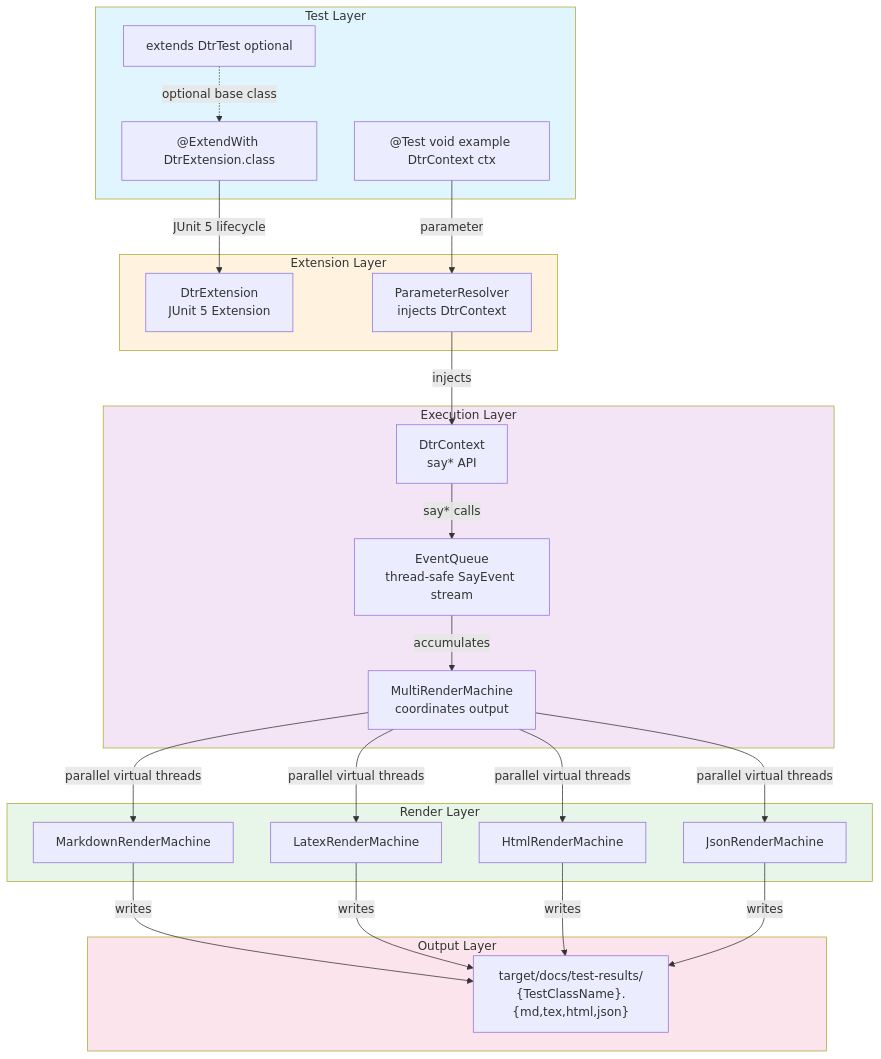
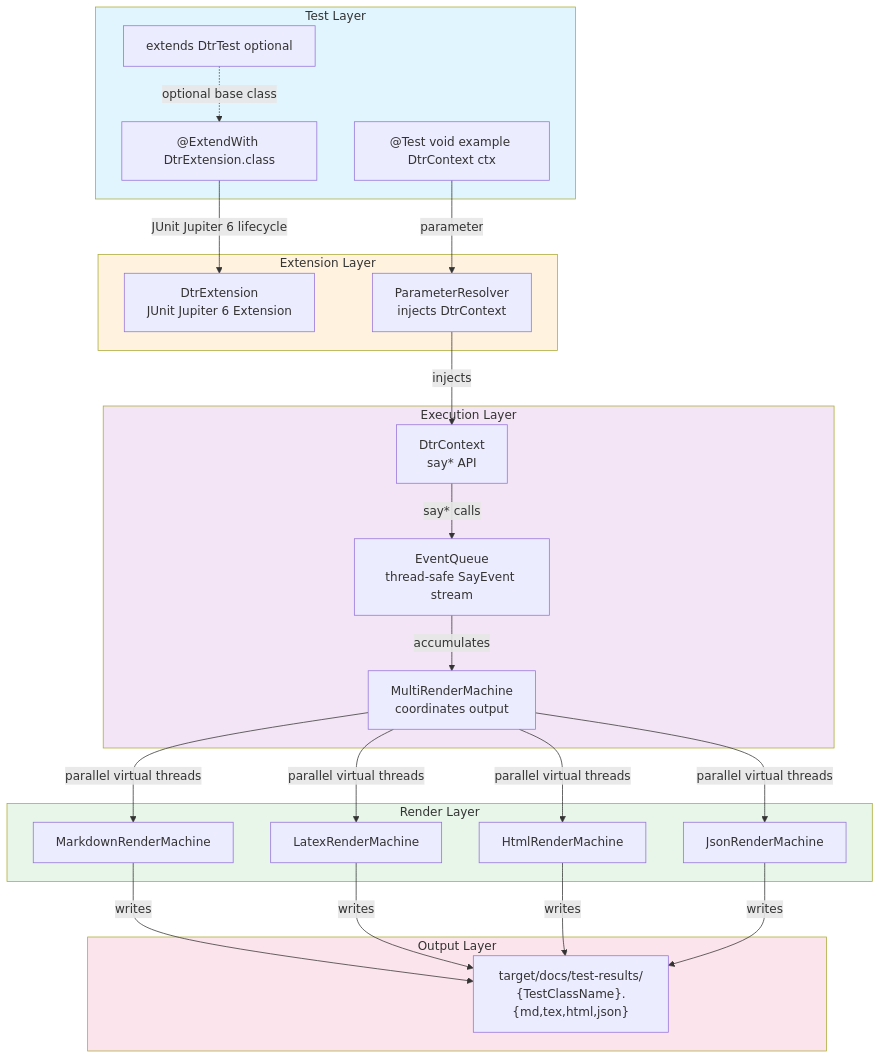
Before and after one commit to seanchatmangpt/dtr: the first of 2 diagrams in docs/explanation/how-doctester-works.md, drawn with Mermaid. The commit also changed other lines of this file and 25 other files, not shown here.

First line of the commit message:
docs: update JUnit 5 references to JUnit Jupiter 6

````diff
--- a/docs/explanation/how-doctester-works.md
+++ b/docs/explanation/how-doctester-works.md
@@ -17,51 +17,51 @@
 ```mermaid
 graph TB
     subgraph TestLayer["Test Layer"]
         TestClass["@ExtendWith DtrExtension.class"]
         TestMethod["@Test void example DtrContext ctx"]
         DtrTest["extends DtrTest optional"]
     end
 
     subgraph ExtensionLayer["Extension Layer"]
-        DtrExtension["DtrExtension<br/>JUnit 5 Extension"]
+        DtrExtension["DtrExtension<br/>JUnit Jupiter 6 Extension"]
         ParameterResolver["ParameterResolver<br/>injects DtrContext"]
     end
 
     subgraph ExecutionLayer["Execution Layer"]
         DtrContext["DtrContext<br/>say* API"]
         EventQueue["EventQueue<br/>thread-safe SayEvent stream"]
         MultiRenderMachine["MultiRenderMachine<br/>coordinates output"]
     end
 
     subgraph RenderLayer["Render Layer"]
         Markdown["MarkdownRenderMachine"]
         LaTeX["LatexRenderMachine"]
         HTML["HtmlRenderMachine"]
         JSON["JsonRenderMachine"]
     end
 
     subgraph OutputLayer["Output Layer"]
         OutputFiles["target/docs/test-results/<br/>{TestClassName}.{md,tex,html,json}"]
     end
 
-    TestClass -->|JUnit 5 lifecycle| DtrExtension
+    TestClass -->|JUnit Jupiter 6 lifecycle| DtrExtension
     TestMethod -->|parameter| ParameterResolver
     ParameterResolver -->|injects| DtrContext
     DtrTest -.->|optional base class| TestClass
     DtrContext -->|say* calls| EventQueue
     EventQueue -->|accumulates| MultiRenderMachine
     MultiRenderMachine -->|parallel virtual threads| Markdown
     MultiRenderMachine -->|parallel virtual threads| LaTeX
     MultiRenderMachine -->|parallel virtual threads| HTML
     MultiRenderMachine -->|parallel virtual threads| JSON
     Markdown -->|writes| OutputFiles
     LaTeX -->|writes| OutputFiles
     HTML -->|writes| OutputFiles
     JSON -->|writes| OutputFiles
 
     style TestLayer fill:#e1f5fe
     style ExtensionLayer fill:#fff3e0
     style ExecutionLayer fill:#f3e5f5
     style RenderLayer fill:#e8f5e9
     style OutputLayer fill:#fce4ec
 ```
````
